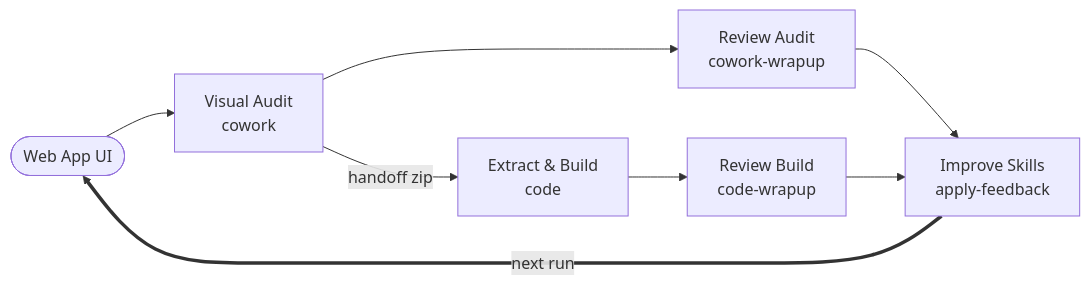
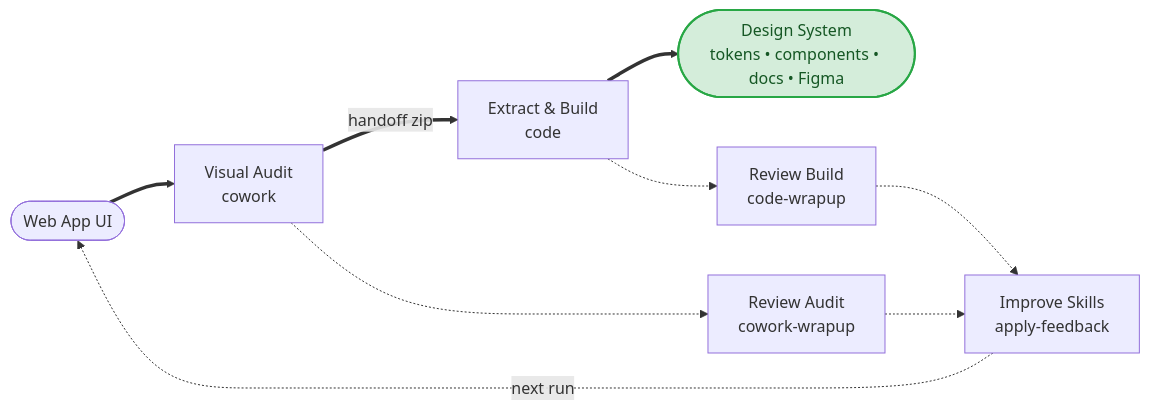
Before and after one commit to AndrejKiri/prometheus-design-system: the diagram in skill-outputs/README.md, drawn with Mermaid. The commit also changed other lines of this file, not shown here.

Commit message:
docs(skill-outputs): clarify main flow vs feedback loop in diagram
Solid arrows now mark the main path producing the design system; dashed
arrows mark the secondary learning loop. Adds a highlighted output node
so readers see the artifact the pipeline is building toward.

````diff
--- a/skill-outputs/README.md
+++ b/skill-outputs/README.md
@@ -17,17 +17,23 @@
 ```mermaid
 flowchart LR
     WEB(["Web App UI"])
     CW["Visual Audit\ncowork"]
     CC["Extract & Build\ncode"]
+    DS(["Design System\ntokens • components • docs • Figma"])
     CWW["Review Audit\ncowork-wrapup"]
     CCW["Review Build\ncode-wrapup"]
     AF["Improve Skills\napply-feedback"]
 
-    WEB --> CW
-    CW -->|"handoff zip"| CC
-    CW --> CWW
-    CC --> CCW
-    CWW --> AF
-    CCW --> AF
-    AF ==>|"next run"| WEB
+    WEB ==> CW
+    CW ==>|"handoff zip"| CC
+    CC ==> DS
+
+    CW -.-> CWW
+    CC -.-> CCW
+    CWW -.-> AF
+    CCW -.-> AF
+    AF -.->|"next run"| WEB
+
+    classDef output fill:#d4edda,stroke:#28a745,stroke-width:2px,color:#155724
+    class DS output
 ```
````
